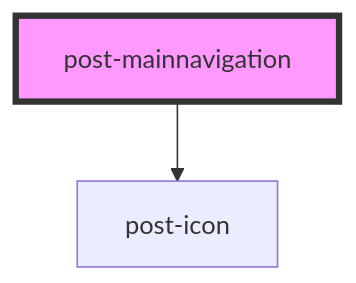
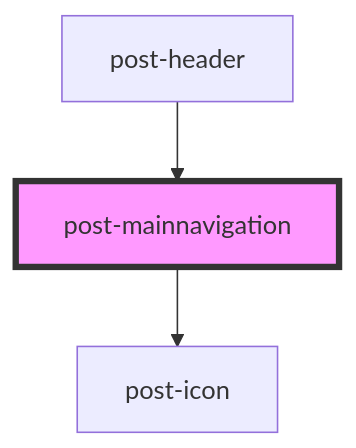
The diagram in packages/components/src/components/post-mainnavigation/readme.md (swisspost/design-system), drawn with Mermaid before and after one commit. The commit also changed other lines of this file and 7 other files, not shown here.

Commit message:
refactored the `post-header`

````diff
--- a/packages/components/src/components/post-mainnavigation/readme.md
+++ b/packages/components/src/components/post-mainnavigation/readme.md
@@ -15,5 +19,6 @@
 ```mermaid
 graph TD;
   post-mainnavigation --> post-icon
+  post-header --> post-mainnavigation
   style post-mainnavigation fill:#f9f,stroke:#333,stroke-width:4px
 ```
````
